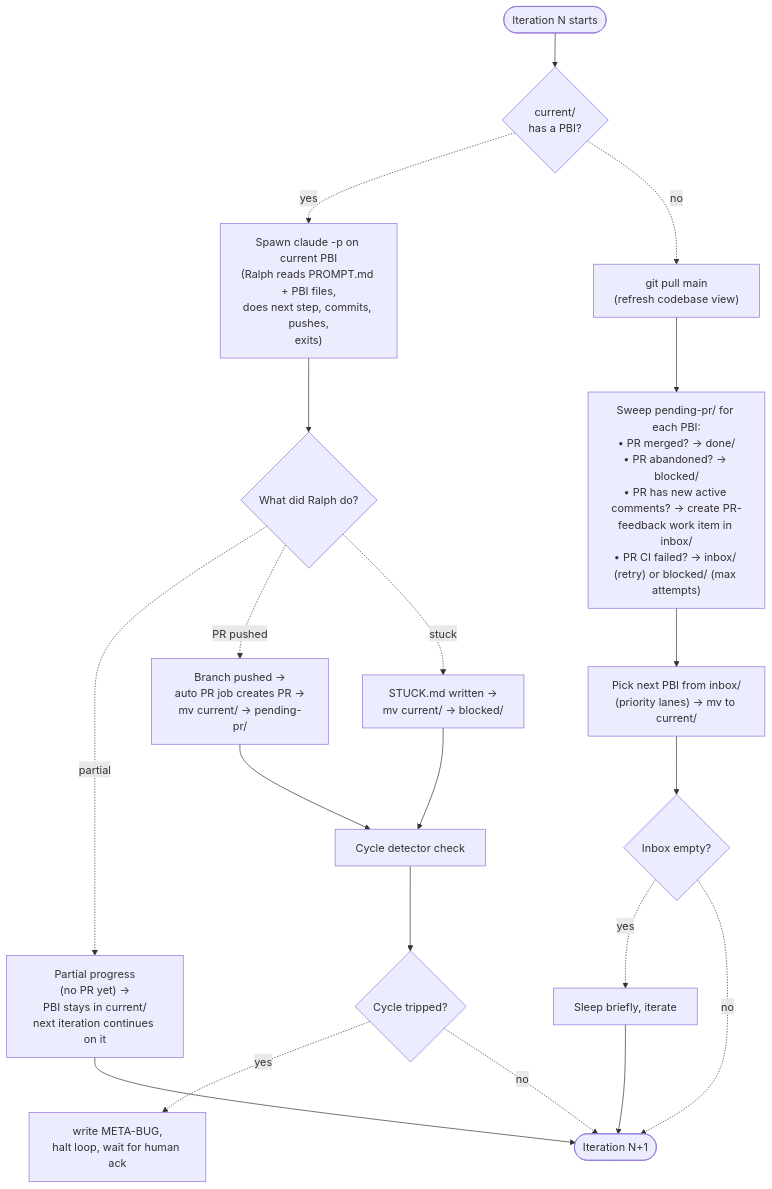
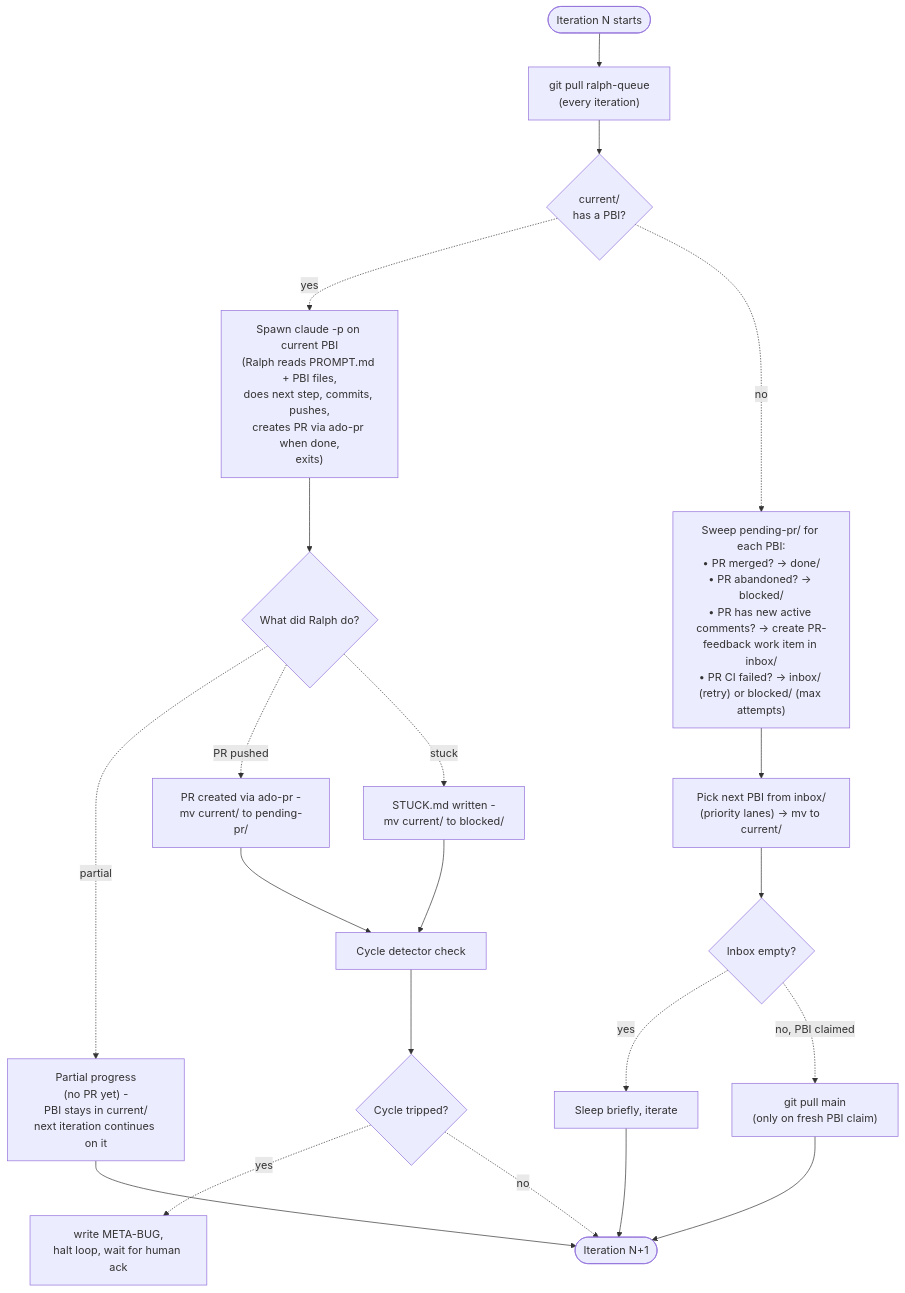
One commit to emp3thy/ralph changed the fourth of 5 diagrams in docs/superpowers/specs/2026-05-23-ralph-v1-per-repo-loop-design.md. Above: the diagram before and after it, drawn with Mermaid. The commit also changed other lines of this file, not shown here.

First line of the commit message:
Reframe INVESTIGATE.md + auto PR job + git pull timing + memory asymmetry

````diff
--- a/docs/superpowers/specs/2026-05-23-ralph-v1-per-repo-loop-design.md
+++ b/docs/superpowers/specs/2026-05-23-ralph-v1-per-repo-loop-design.md
@@ -316,35 +350,36 @@
 ```mermaid
 flowchart TB
   Start(["Iteration N starts"])
   CheckCur{"current/<br/>has a PBI?"}
 
-  WorkCur["Spawn claude -p on current PBI<br/>(Ralph reads PROMPT.md + PBI files,<br/>does next step, commits, pushes,<br/>exits)"]
+  WorkCur["Spawn claude -p on current PBI<br/>(Ralph reads PROMPT.md + PBI files,<br/>does next step, commits, pushes,<br/>creates PR via ado-pr when done,<br/>exits)"]
   Outcome{"What did Ralph do?"}
-  StayCur["Partial progress<br/>(no PR yet) →<br/>PBI stays in current/<br/>next iteration continues on it"]
-  ToPend["Branch pushed →<br/>auto PR job creates PR →<br/>mv current/ → pending-pr/"]
-  ToBlock["STUCK.md written →<br/>mv current/ → blocked/"]
+  StayCur["Partial progress<br/>(no PR yet) -<br/>PBI stays in current/<br/>next iteration continues on it"]
+  ToPend["PR created via ado-pr -<br/>mv current/ to pending-pr/"]
+  ToBlock["STUCK.md written -<br/>mv current/ to blocked/"]
   Cycle["Cycle detector check"]
   Halt{"Cycle tripped?"}
 
-  GitPull["git pull main<br/>(refresh codebase view)"]
+  PullQ["git pull ralph-queue<br/>(every iteration)"]
+  GitPullMain["git pull main<br/>(only on fresh PBI claim)"]
   Sweep["Sweep pending-pr/ for each PBI:<br/>• PR merged? → done/<br/>• PR abandoned? → blocked/<br/>• PR has new active comments? → create PR-feedback work item in inbox/<br/>• PR CI failed? → inbox/ (retry) or blocked/ (max attempts)"]
   Pick["Pick next PBI from inbox/<br/>(priority lanes) → mv to current/"]
   Empty{"Inbox empty?"}
   Sleep["Sleep briefly, iterate"]
 
-  Start --> CheckCur
+  Start --> PullQ --> CheckCur
   CheckCur -. yes .-> WorkCur --> Outcome
   Outcome -. partial .-> StayCur
   Outcome -. PR pushed .-> ToPend
   Outcome -. stuck .-> ToBlock
   StayCur --> NextIter(["Iteration N+1"])
   ToPend --> Cycle
   ToBlock --> Cycle
   Cycle --> Halt
   Halt -. yes .-> META["write META-BUG,<br/>halt loop, wait for human ack"]
   Halt -. no .-> NextIter
 
-  CheckCur -. no .-> GitPull --> Sweep --> Pick --> Empty
+  CheckCur -. no .-> Sweep --> Pick --> Empty
   Empty -. yes .-> Sleep --> NextIter
-  Empty -. no .-> NextIter
+  Empty -. no, PBI claimed .-> GitPullMain --> NextIter
 ```
````
